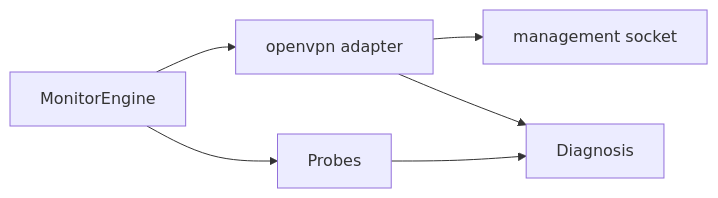
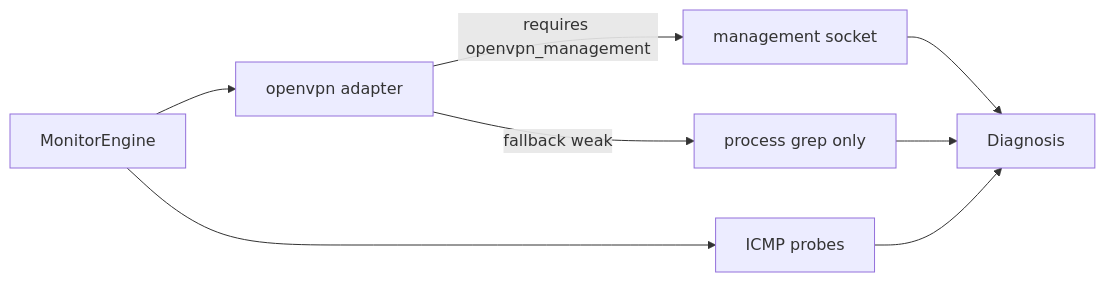
One commit to roto31/Tunnel-Monitor---Universal changed the fourth of 4 diagrams in docs/vpn-solutions/openvpn.md. Above: the diagram before and after it, drawn with Mermaid. The commit also changed other lines of this file and 25 other files, not shown here.

First line of the commit message:
Docs: add vendor citations, topology SVGs, and updated Mermaid.

````diff
--- a/docs/vpn-solutions/openvpn.md
+++ b/docs/vpn-solutions/openvpn.md
@@ -42,8 +62,10 @@
 ```mermaid
 flowchart LR
     E[MonitorEngine] --> A[openvpn adapter]
-    A --> MGMT[management socket]
-    E --> P[Probes]
-    A --> D[Diagnosis]
+    A -->|requires openvpn_management| MGMT[management socket]
+    A -->|fallback weak| PROC[process grep only]
+    E --> P[ICMP probes]
+    MGMT --> D[Diagnosis]
+    PROC --> D
     P --> D
 ```
````
